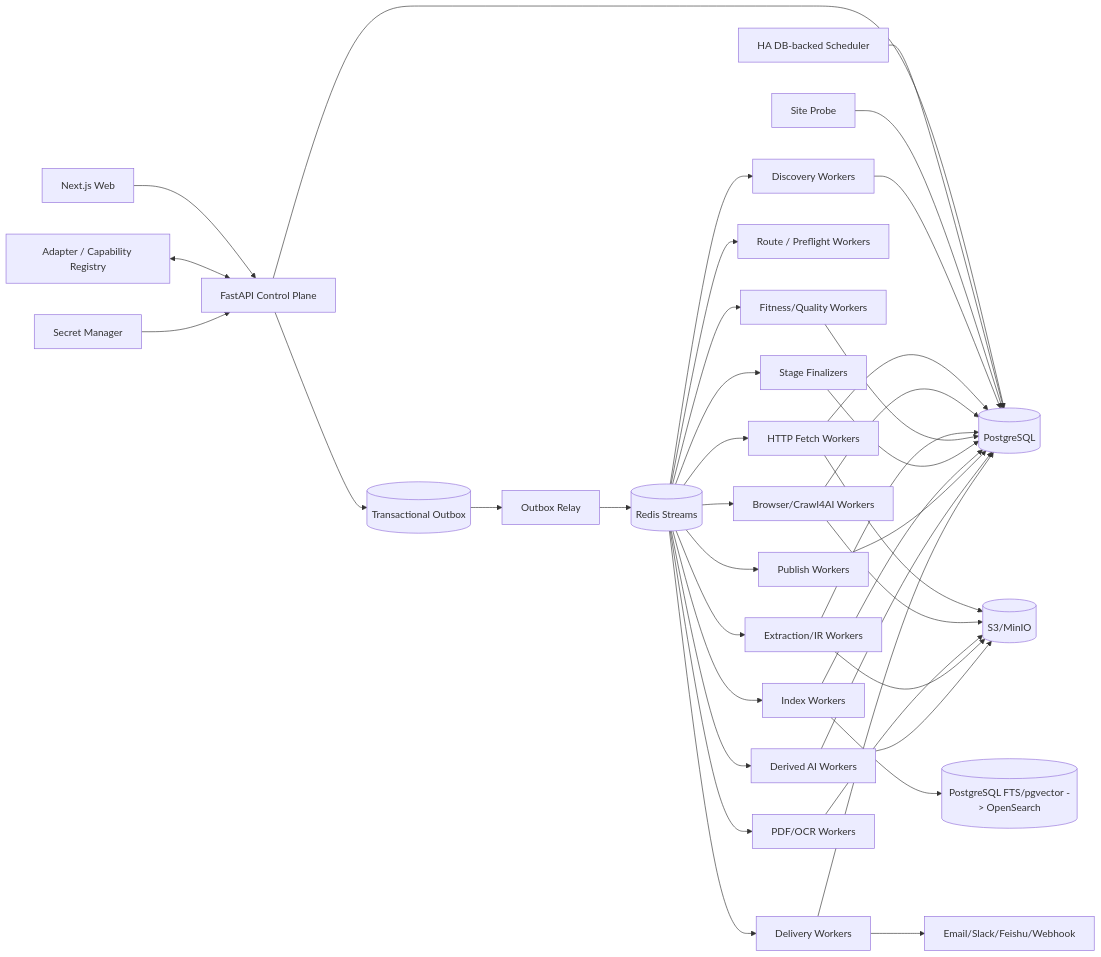
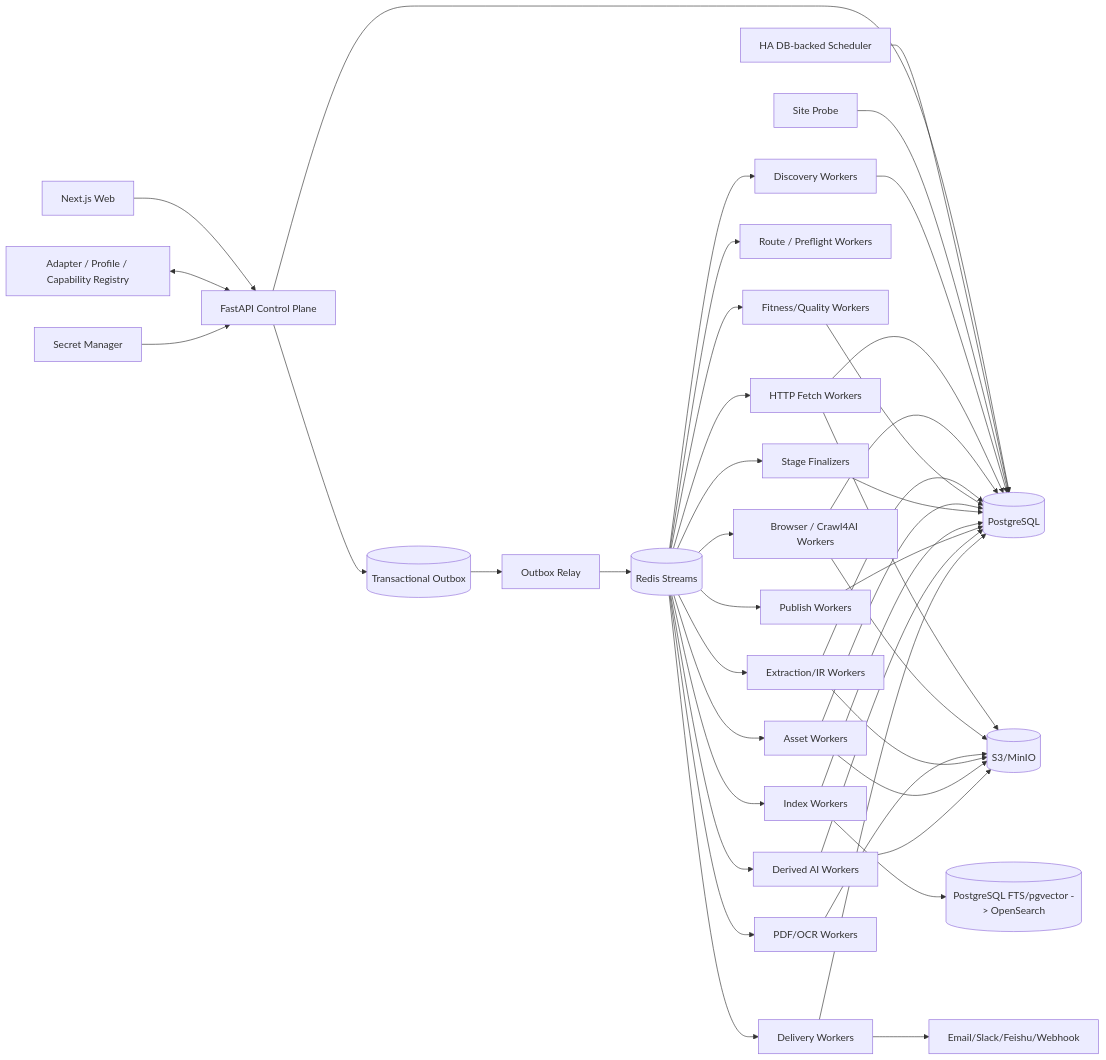
Before and after one commit to WorkerXu/my-doc: the diagram in 博客知识库技术方案.md, drawn with Mermaid. The commit also changed other lines of this file, not shown here.

````diff
--- a/博客知识库技术方案.md
+++ b/博客知识库技术方案.md
@@ -45,47 +49,50 @@
 ```mermaid
 flowchart LR
     UI[Next.js Web] --> API[FastAPI Control Plane]
     API --> PG[(PostgreSQL)]
     API --> OUT[(Transactional Outbox)]
 
     SCH[HA DB-backed Scheduler] --> PG
-    REG[Adapter / Capability Registry] <--> API
+    REG[Adapter / Profile / Capability Registry] <--> API
     PROBE[Site Probe] --> PG
     SEC[Secret Manager] --> API
 
     OUT --> RELAY[Outbox Relay]
     RELAY --> Q[(Redis Streams)]
 
     Q --> DW[Discovery Workers]
     Q --> HF[HTTP Fetch Workers]
     Q --> RT[Route / Preflight Workers]
-    Q --> BW[Browser/Crawl4AI Workers]
+    Q --> BW[Browser / Crawl4AI Workers]
     Q --> PDF[PDF/OCR Workers]
     Q --> EX[Extraction/IR Workers]
     Q --> QV[Fitness/Quality Workers]
+    Q --> AW[Asset Workers]
     Q --> FIN[Stage Finalizers]
     Q --> IX[Index Workers]
     Q --> PB[Publish Workers]
     Q --> AI[Derived AI Workers]
     Q --> NT[Delivery Workers]
 
     HF --> OBJ[(S3/MinIO)]
     BW --> OBJ
     PDF --> OBJ
     EX --> OBJ
+    AW --> OBJ
     AI --> OBJ
 
     IX --> SEARCH[(PostgreSQL FTS/pgvector -> OpenSearch)]
     NT --> CH[Email/Slack/Feishu/Webhook]
 
     DW --> PG
     HF --> PG
     BW --> PG
     EX --> PG
     QV --> PG
+    AW --> PG
     FIN --> PG
     IX --> PG
     PB --> PG
     AI --> PG
     NT --> PG
 ```
````
